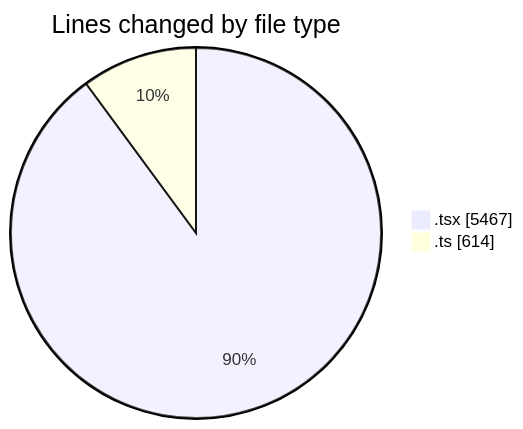
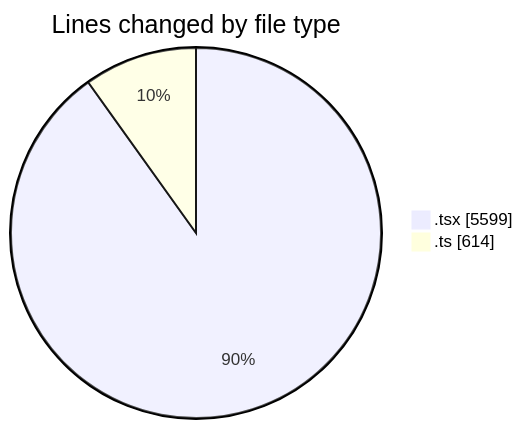
Before and after one commit to nxtqubesakshisongat/code-tracking: the first of 2 diagrams in 2026-05-18/nxtqube_webapp/README.md, drawn with Mermaid. The commit also changed other lines of this file and 1 other file, not shown here.

````diff
--- a/2026-05-18/nxtqube_webapp/README.md
+++ b/2026-05-18/nxtqube_webapp/README.md
@@ -27,6 +27,6 @@
 ```mermaid
 pie showData
 title Lines changed by file type
-".tsx" : 5467
+".tsx" : 5599
 ".ts" : 614
 ```
````
